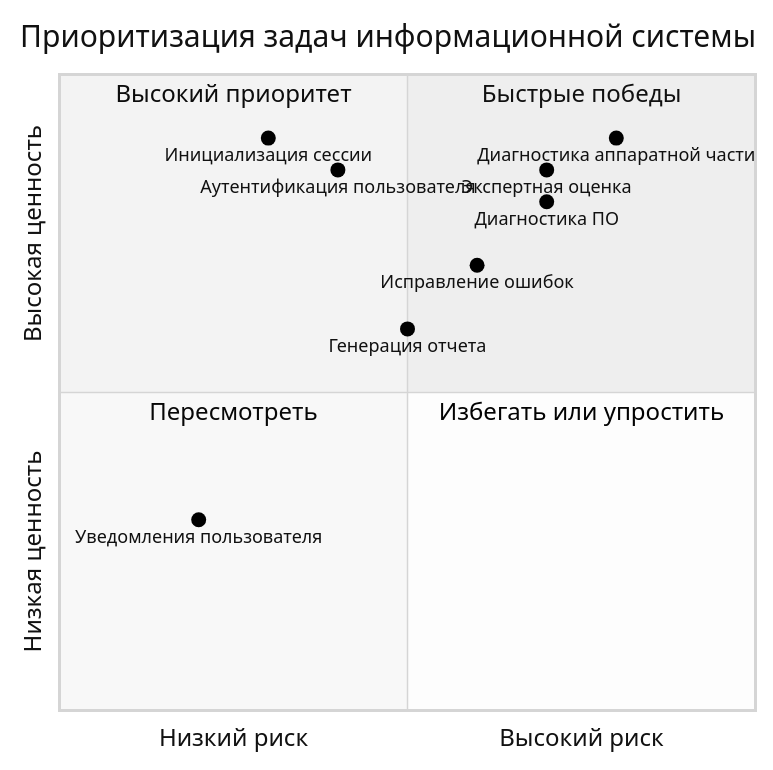
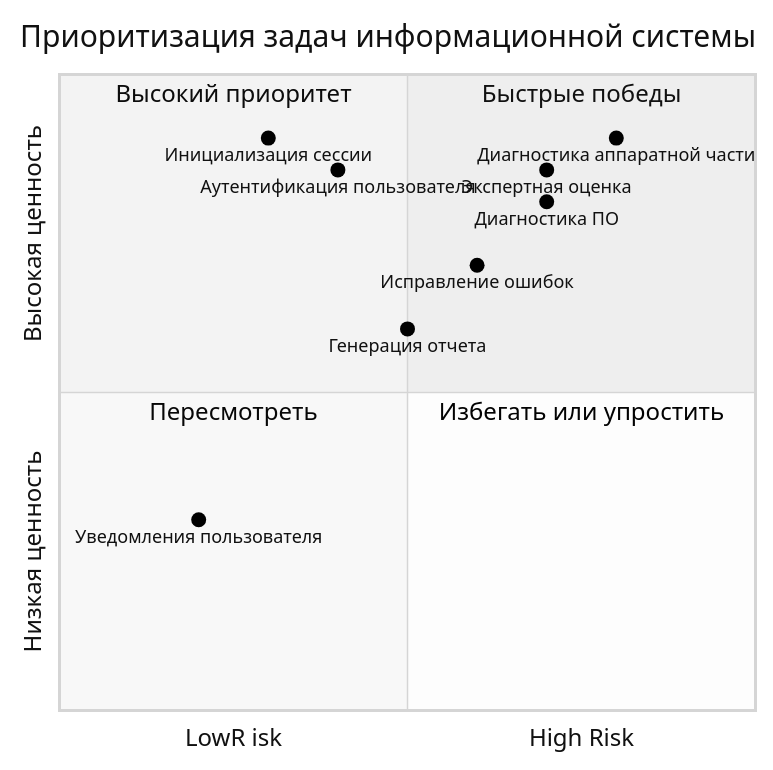
The third of 4 diagrams in README.md (UkroSchwein/12prac), drawn with Mermaid (neutral theme) before and after one commit.

````diff
--- a/README.md
+++ b/README.md
@@ -47,18 +47,18 @@
 ```mermaid
 quadrantChart
     title Приоритизация задач информационной системы
-    x-axis Низкий риск --> Высокий риск
+    x-axis LowR isk --> High Risk
     y-axis Низкая ценность --> Высокая ценность
     quadrant-1 Быстрые победы
     quadrant-2 Высокий приоритет
     quadrant-3 Пересмотреть
     quadrant-4 Избегать или упростить
     "Инициализация сессии": [0.3, 0.9]
     "Аутентификация пользователя": [0.4, 0.85]
     "Диагностика ПО": [0.7, 0.8]
     "Диагностика аппаратной части": [0.8, 0.9]
     "Исправление ошибок": [0.6, 0.7]
     "Генерация отчета": [0.5, 0.6]
     "Уведомления пользователя": [0.2, 0.3]
     "Экспертная оценка": [0.7, 0.85]
 ```
````
